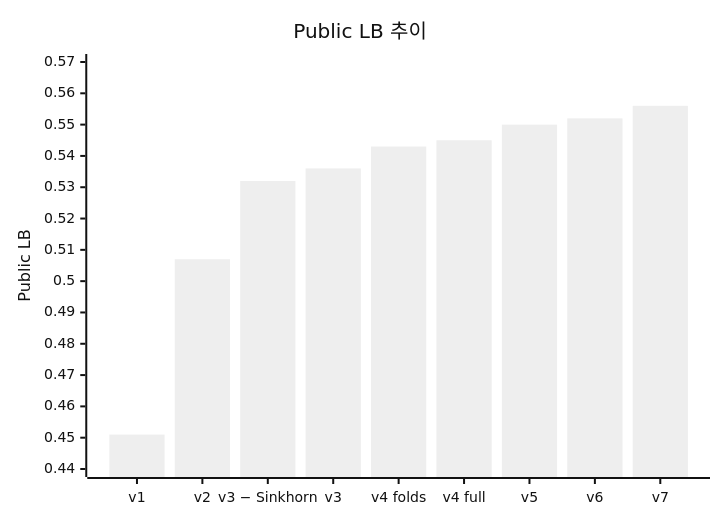
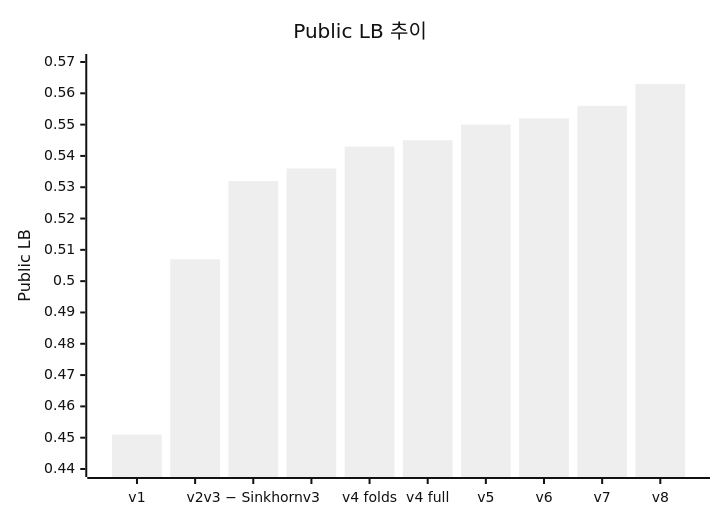
Before and after one commit to Lee-Jungwoo/name-that-llm: the first of 2 diagrams in EXPERIMENTS.md, drawn with Mermaid (neutral theme). The commit also changed other lines of this file and 3 other files, not shown here.

````diff
--- a/EXPERIMENTS.md
+++ b/EXPERIMENTS.md
@@ -24,7 +25,7 @@
 ```mermaid
 xychart-beta
     title "Public LB 추이"
-    x-axis ["v1", "v2", "v3 − Sinkhorn", "v3", "v4 folds", "v4 full", "v5", "v6", "v7"]
+    x-axis ["v1", "v2", "v3 − Sinkhorn", "v3", "v4 folds", "v4 full", "v5", "v6", "v7", "v8"]
     y-axis "Public LB" 0.44 --> 0.57
-    bar [0.451, 0.507, 0.532, 0.536, 0.543, 0.545, 0.550, 0.552, 0.556]
+    bar [0.451, 0.507, 0.532, 0.536, 0.543, 0.545, 0.550, 0.552, 0.556, 0.563]
 ```
````
